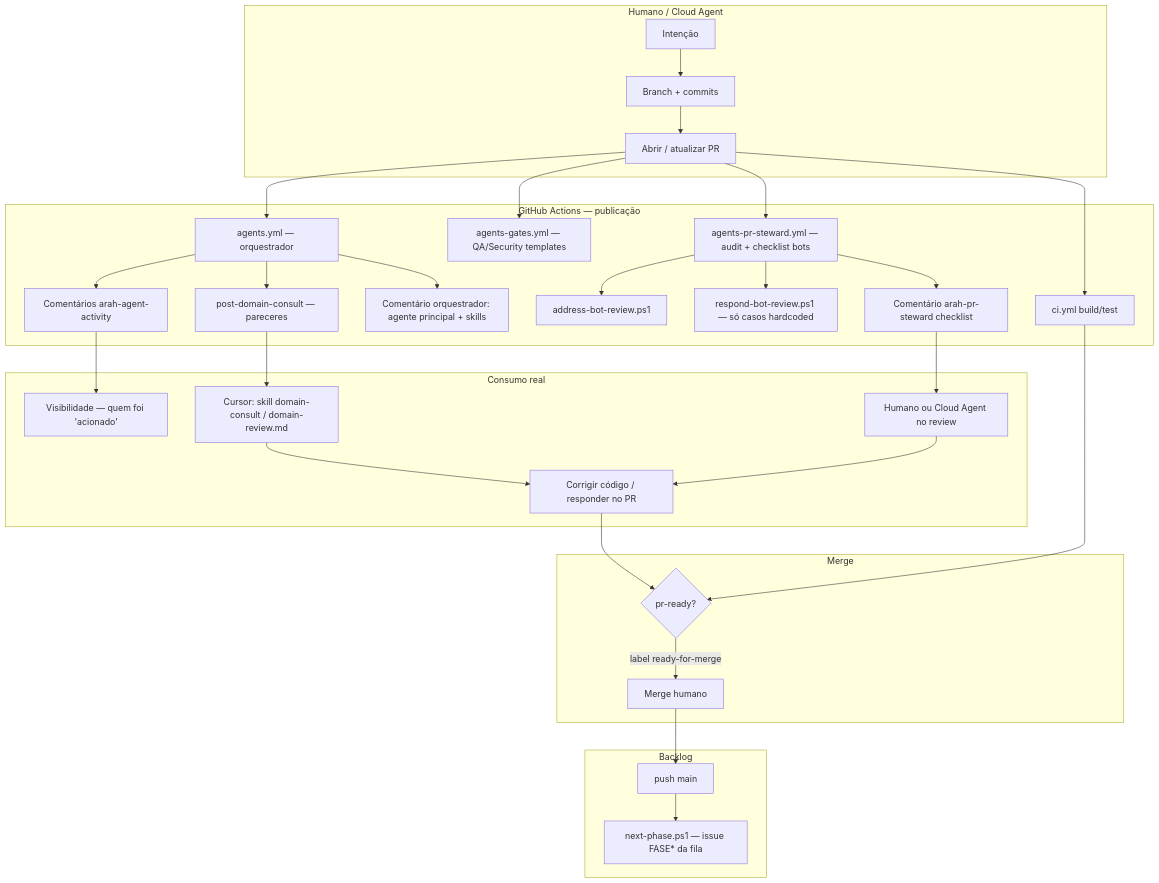
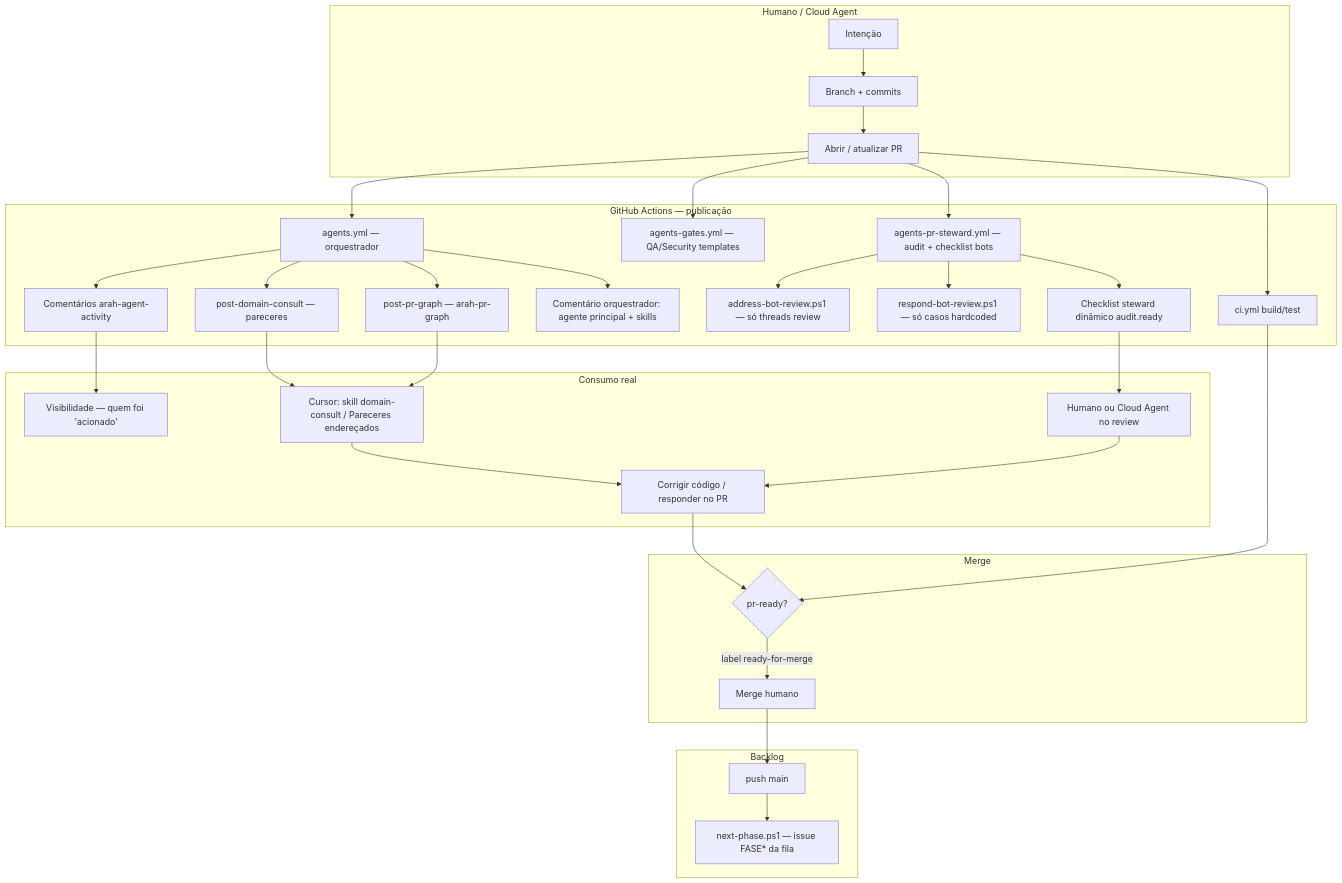
The diagram in docs/ops/AGENT_PR_FLOW_INTEGRITY.md (sraphaz/arah), drawn with Mermaid before and after one commit. The commit also changed other lines of this file and 17 other files, not shown here.

````diff
--- a/docs/ops/AGENT_PR_FLOW_INTEGRITY.md
+++ b/docs/ops/AGENT_PR_FLOW_INTEGRITY.md
@@ -23,39 +23,41 @@
 ```mermaid
 flowchart TB
   subgraph humano["Humano / Cloud Agent"]
     I[Intenção] --> BR[Branch + commits]
     BR --> PR[Abrir / atualizar PR]
   end
 
   subgraph ci["GitHub Actions — publicação"]
     PR --> ORCH[agents.yml — orquestrador]
     PR --> GATES[agents-gates.yml — QA/Security templates]
     PR --> STEW[agents-pr-steward.yml — audit + checklist bots]
     PR --> CI[ci.yml build/test]
     ORCH --> ACT[Comentários arah-agent-activity]
     ORCH --> DOM[post-domain-consult — pareceres]
+    ORCH --> GRAPH[post-pr-graph — arah-pr-graph]
     ORCH --> ROUTE[Comentário orquestrador: agente principal + skills]
-    STEW --> AUDIT[address-bot-review.ps1]
+    STEW --> AUDIT[address-bot-review.ps1 — só threads review]
     STEW --> AUTOREPLY[respond-bot-review.ps1 — só casos hardcoded]
-    STEW --> CHECK[Comentário arah-pr-steward checklist]
+    STEW --> CHECK[Checklist steward dinâmico audit.ready]
   end
 
   subgraph consumo["Consumo real"]
-    DOM --> READ1[Cursor: skill domain-consult / domain-review.md]
+    DOM --> READ1[Cursor: skill domain-consult / Pareceres endereçados]
+    GRAPH --> READ1
     CHECK --> READ2[Humano ou Cloud Agent no review]
     ACT --> READ3[Visibilidade — quem foi 'acionado']
     READ1 --> CODE[Corrigir código / responder no PR]
     READ2 --> CODE
   end
 
   subgraph merge_path["Merge"]
     CI --> READY{pr-ready?}
     CODE --> READY
     READY -->|label ready-for-merge| HUM[Merge humano]
   end
 
   subgraph backlog["Backlog"]
     HUM --> MAIN[push main]
     MAIN --> NP[next-phase.ps1 — issue FASE* da fila]
   end
 ```
````
